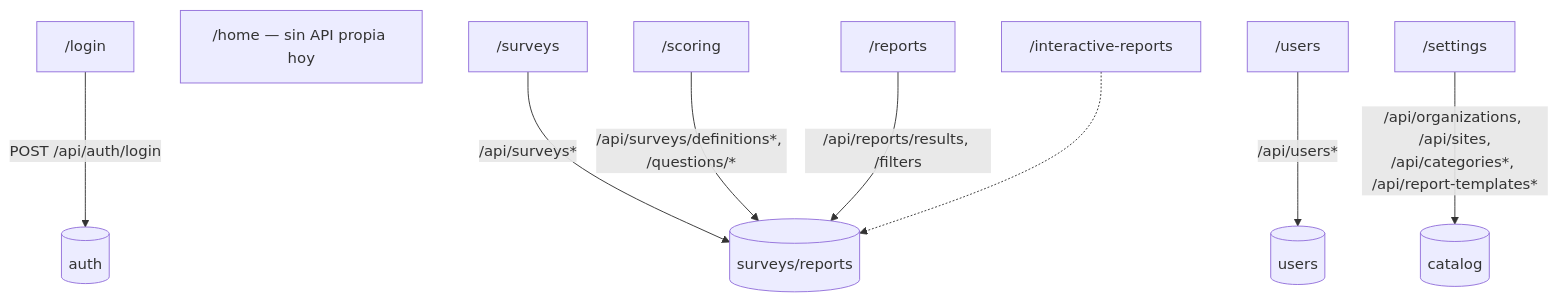
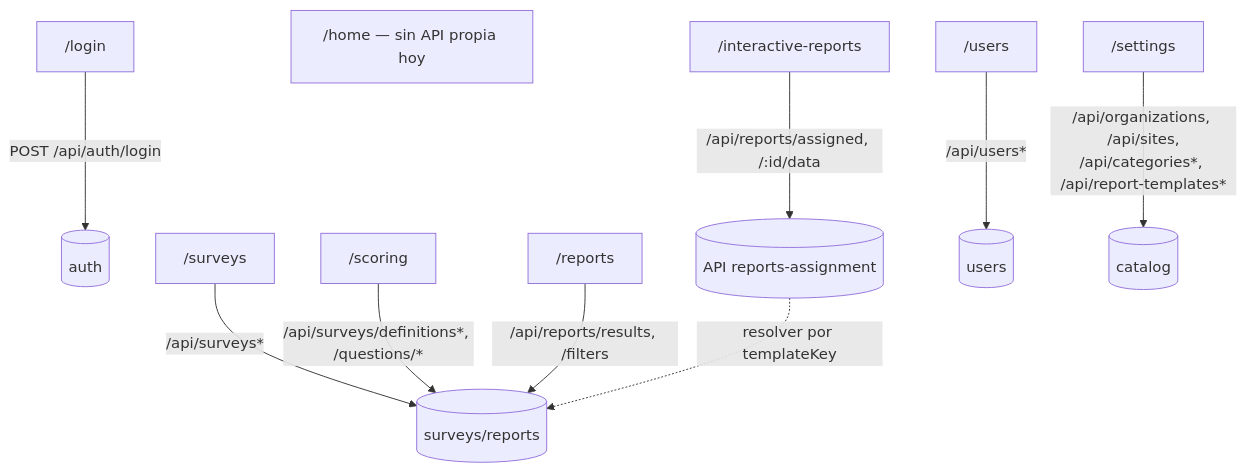
The third of 7 diagrams in docs/arquitectura-front-backend.md (Gustav0AB/epi-web), drawn with Mermaid before and after one commit. The commit also changed other lines of this file and 33 other files, not shown here.

Commit message:
add interactive reports

````diff
--- a/docs/arquitectura-front-backend.md
+++ b/docs/arquitectura-front-backend.md
@@ -76,11 +77,12 @@
 ```mermaid
 flowchart TD
     Login["/login"] -->|POST /api/auth/login| Auth[("auth")]
     Home["/home — sin API propia hoy"]
     Surveys["/surveys"] -->|"/api/surveys*"| SurveysApi[("surveys/reports")]
     Scoring["/scoring"] -->|"/api/surveys/definitions*, /questions/*"| SurveysApi
     Reports["/reports"] -->|"/api/reports/results, /filters"| SurveysApi
-    InteractiveReports["/interactive-reports"] -.-> SurveysApi
+    InteractiveReports["/interactive-reports"] -->|"/api/reports/assigned, /:id/data"| ReportsAssignApi[("API reports-assignment")]
+    ReportsAssignApi -.->|"resolver por templateKey"| SurveysApi
     Users["/users"] -->|"/api/users*"| UsersApi[("users")]
     Settings["/settings"] -->|"/api/organizations, /api/sites,<br/>/api/categories*, /api/report-templates*"| CatalogApi[("catalog")]
 ```
````
